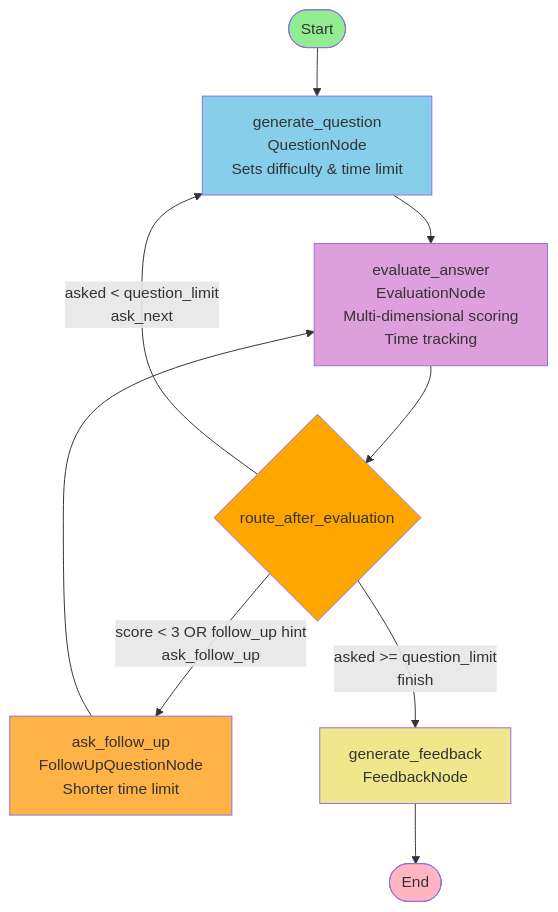
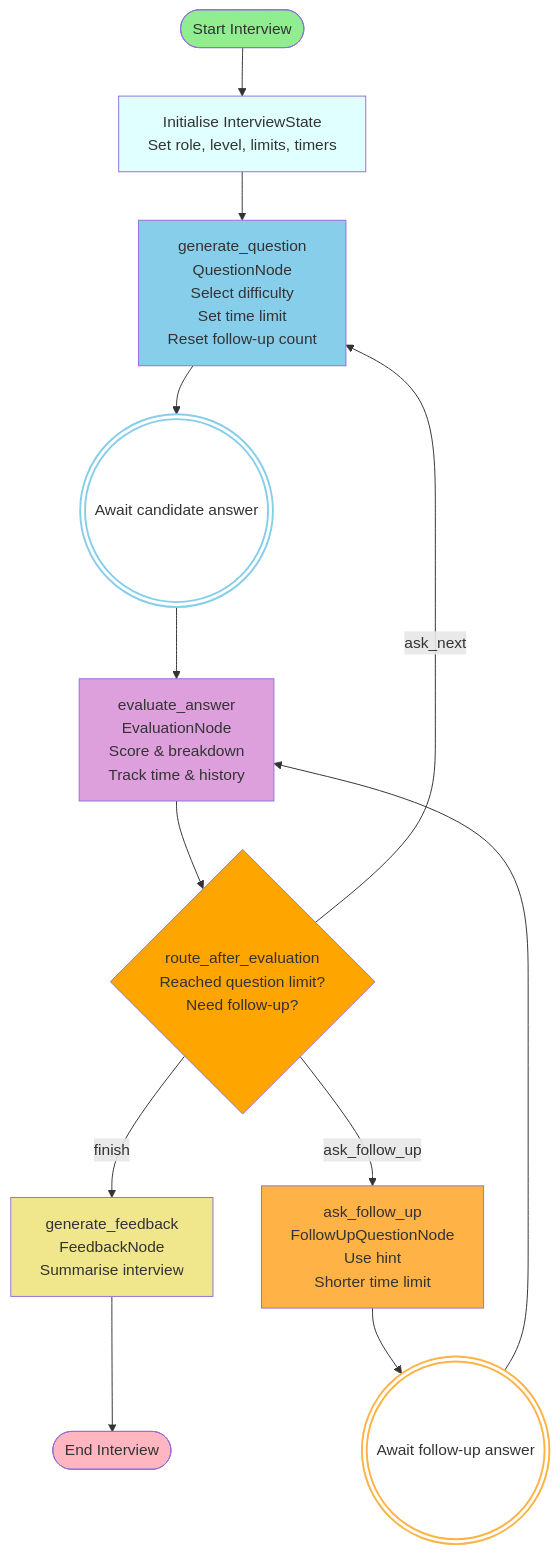
The diagram in langgraph_diagram.mmd (Tonmoy-saha18/AI-Interview-Simulator), drawn with Mermaid before and after one commit. The commit also changed 16 other files, not shown here.

```diff
--- a/langgraph_diagram.mmd
+++ b/langgraph_diagram.mmd
@@ -1,17 +1,23 @@
 graph TD
-    START([Start]) --> generate_question[generate_question<br/>QuestionNode<br/>Sets difficulty & time limit]
-    generate_question --> evaluate_answer[evaluate_answer<br/>EvaluationNode<br/>Multi-dimensional scoring<br/>Time tracking]
-    evaluate_answer --> route{route_after_evaluation}
-    route -->|score < 3 OR follow_up hint<br/>ask_follow_up| ask_follow_up[ask_follow_up<br/>FollowUpQuestionNode<br/>Shorter time limit]
-    route -->|asked < question_limit<br/>ask_next| generate_question
-    route -->|asked >= question_limit<br/>finish| generate_feedback[generate_feedback<br/>FeedbackNode]
-    ask_follow_up --> evaluate_answer
-    generate_feedback --> END([End])
+    START([Start Interview]) --> init_state[Initialise InterviewState<br/>Set role, level, limits, timers]
+    init_state --> generate_question[generate_question<br/>QuestionNode<br/>Select difficulty<br/>Set time limit<br/>Reset follow-up count]
+    generate_question --> q_interrupt(((Await candidate answer)))
+    q_interrupt --> evaluate_answer[evaluate_answer<br/>EvaluationNode<br/>Score & breakdown<br/>Track time & history]
+    evaluate_answer --> route_main{route_after_evaluation<br/>Reached question limit?<br/>Need follow-up?}
+    route_main -->|finish| generate_feedback[generate_feedback<br/>FeedbackNode<br/>Summarise interview]
+    route_main -->|ask_next| generate_question
+    route_main -->|ask_follow_up| ask_follow_up[ask_follow_up<br/>FollowUpQuestionNode<br/>Use hint<br/>Shorter time limit]
+    ask_follow_up --> fu_interrupt(((Await follow-up answer)))
+    fu_interrupt --> evaluate_answer
+    generate_feedback --> END([End Interview])
     
     style START fill:#90EE90
     style END fill:#FFB6C1
+    style init_state fill:#E0FFFF
     style generate_question fill:#87CEEB
+    style q_interrupt fill:#FFFFFF,stroke:#87CEEB,stroke-width:2px
     style evaluate_answer fill:#DDA0DD
+    style route_main fill:#FFA500
     style ask_follow_up fill:#FFB347
+    style fu_interrupt fill:#FFFFFF,stroke:#FFB347,stroke-width:2px
     style generate_feedback fill:#F0E68C
-    style route fill:#FFA500
```
